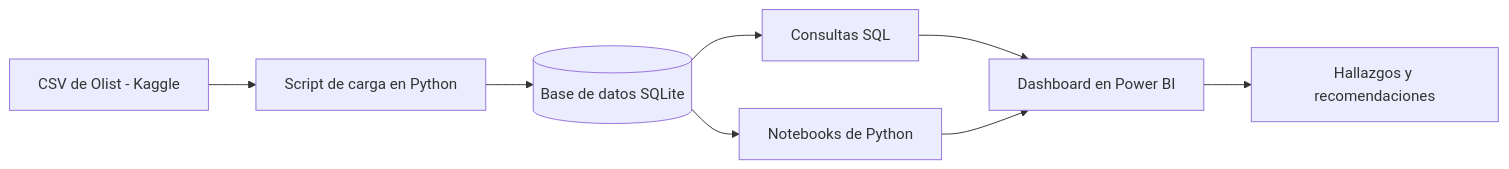
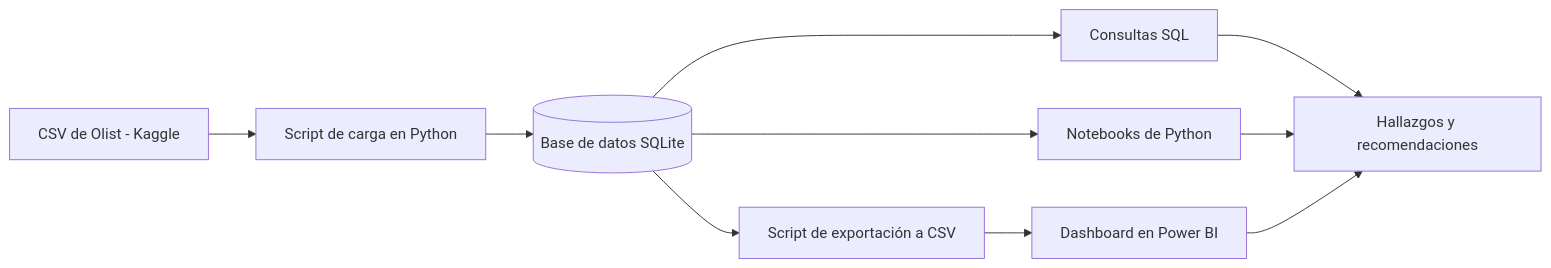
The diagram in README.md (JuanALeivaLeiva/olist-ecommerce-analysis), drawn with Mermaid before and after one commit. The commit also changed other lines of this file, not shown here.

Commit message:
docs: actualiza README con arquitectura, estructura y dashboard (página 1)

````diff
--- a/README.md
+++ b/README.md
@@ -85,10 +85,12 @@
 ```mermaid
 flowchart LR
     A[CSV de Olist - Kaggle] --> B[Script de carga en Python]
     B --> C[(Base de datos SQLite)]
     C --> D[Consultas SQL]
     C --> E[Notebooks de Python]
-    D --> F[Dashboard en Power BI]
-    E --> F
-    F --> G[Hallazgos y recomendaciones]
+    C --> H[Script de exportación a CSV]
+    H --> F[Dashboard en Power BI]
+    D --> G[Hallazgos y recomendaciones]
+    E --> G
+    F --> G
 ```
````
